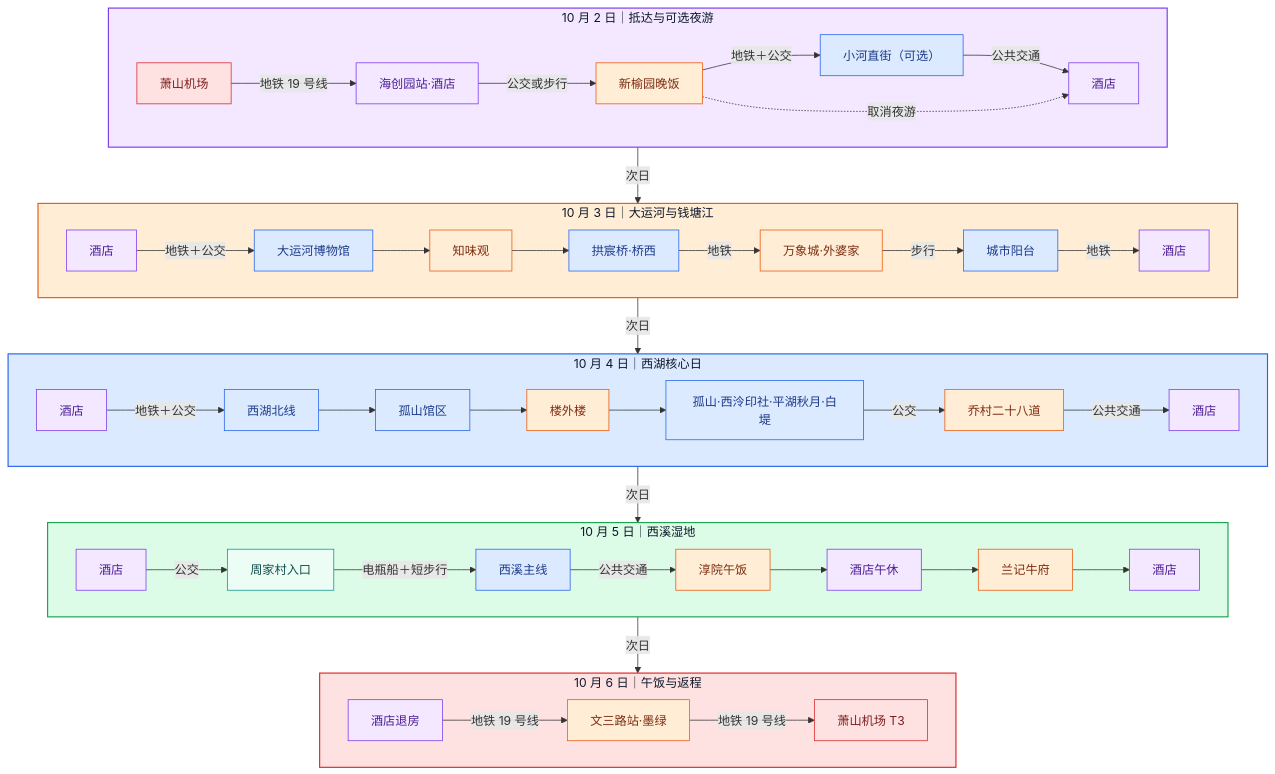
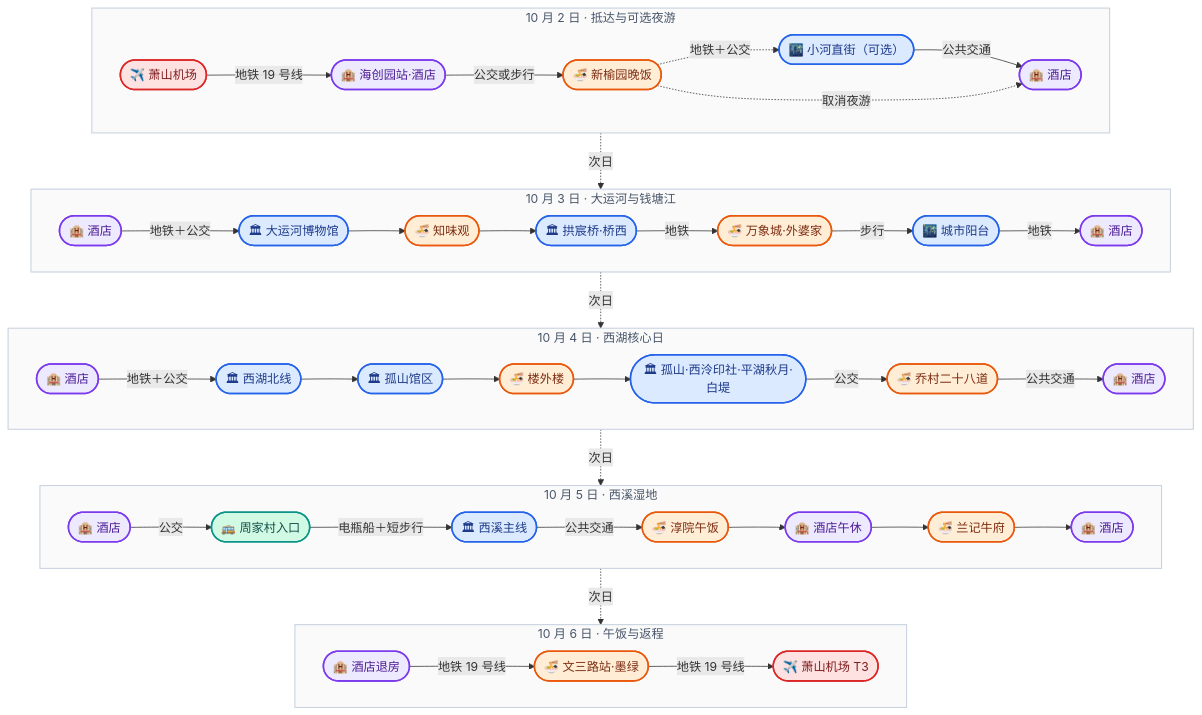
One commit to TheShadow178/hangzhou-trip changed the third of 3 diagrams in docs/traffic.md. Above: the diagram before and after it, drawn with Mermaid. The commit also changed other lines of this file and 5 other files, not shown here.

First line of the commit message:
美化动线图并修复地图放大空白

````diff
--- a/docs/traffic.md
+++ b/docs/traffic.md
@@ -304,44 +345,63 @@
 ```mermaid
-%%{init: {'theme':'base', 'themeVariables': {'fontFamily':'-apple-system, "PingFang SC", "Microsoft YaHei", sans-serif','lineColor':'#94a3b8','primaryColor':'#f8fafc','primaryBorderColor':'#cbd5e1','primaryTextColor':'#0f172a'}}}%%
+%%{init: {'theme':'base', 'themeVariables': {'fontFamily':'-apple-system, "PingFang SC", "Microsoft YaHei", sans-serif','lineColor':'#94a3b8','primaryColor':'#ffffff','primaryBorderColor':'#94a3b8','primaryTextColor':'#0f172a','fontSize':'13px'}}}%%
 flowchart TB
-  subgraph P02["10 月 2 日｜抵达与可选夜游"]
+  subgraph P02["10 月 2 日 · 抵达与可选夜游"]
     direction LR
-    P02A["萧山机场"] -->|地铁 19 号线| P02B["海创园站·酒店"] -->|公交或步行| P02C["新榆园晚饭"] -->|地铁＋公交| P02D["小河直街（可选）"] -->|公共交通| P02E["酒店"]
+    P02A(["✈️ 萧山机场"]) -->|地铁 19 号线| P02B(["🏨 海创园站·酒店"])
+    P02B -->|公交或步行| P02C(["🍜 新榆园晚饭"])
+    P02C -.->|地铁＋公交| P02D(["🌃 小河直街（可选）"])
+    P02D -->|公共交通| P02E(["🏨 酒店"])
     P02C -. 取消夜游 .-> P02E
   end
-  subgraph P03["10 月 3 日｜大运河与钱塘江"]
+  subgraph P03["10 月 3 日 · 大运河与钱塘江"]
     direction LR
-    P03A["酒店"] -->|地铁＋公交| P03B["大运河博物馆"] --> P03C["知味观"] --> P03D["拱宸桥·桥西"] -->|地铁| P03E["万象城·外婆家"] -->|步行| P03F["城市阳台"] -->|地铁| P03G["酒店"]
+    P03A(["🏨 酒店"]) -->|地铁＋公交| P03B(["🏛 大运河博物馆"])
+    P03B --> P03C(["🍜 知味观"])
+    P03C --> P03D(["🏛 拱宸桥·桥西"])
+    P03D -->|地铁| P03E(["🍜 万象城·外婆家"])
+    P03E -->|步行| P03F(["🌃 城市阳台"])
+    P03F -->|地铁| P03G(["🏨 酒店"])
   end
-  subgraph P04["10 月 4 日｜西湖核心日"]
+  subgraph P04["10 月 4 日 · 西湖核心日"]
     direction LR
-    P04A["酒店"] -->|地铁＋公交| P04B["西湖北线"] --> P04C["孤山馆区"] --> P04D["楼外楼"] --> P04E["孤山·西泠印社·平湖秋月·白堤"] -->|公交| P04F["乔村二十八道"] -->|公共交通| P04G["酒店"]
+    P04A(["🏨 酒店"]) -->|地铁＋公交| P04B(["🏛 西湖北线"])
+    P04B --> P04C(["🏛 孤山馆区"])
+    P04C --> P04D(["🍜 楼外楼"])
+    P04D --> P04E(["🏛 孤山·西泠印社·平湖秋月·白堤"])
+    P04E -->|公交| P04F(["🍜 乔村二十八道"])
+    P04F -->|公共交通| P04G(["🏨 酒店"])
   end
-  subgraph P05["10 月 5 日｜西溪湿地"]
+  subgraph P05["10 月 5 日 · 西溪湿地"]
     direction LR
-    P05A["酒店"] -->|公交| P05B["周家村入口"] -->|电瓶船＋短步行| P05C["西溪主线"] -->|公共交通| P05D["淳院午饭"] --> P05E["酒店午休"] --> P05F["兰记牛府"] --> P05G["酒店"]
+    P05A(["🏨 酒店"]) -->|公交| P05B(["🚌 周家村入口"])
+    P05B -->|电瓶船＋短步行| P05C(["🏛 西溪主线"])
+    P05C -->|公共交通| P05D(["🍜 淳院午饭"])
+    P05D --> P05E(["🏨 酒店午休"])
+    P05E --> P05F(["🍜 兰记牛府"])
+    P05F --> P05G(["🏨 酒店"])
   end
-  subgraph P06["10 月 6 日｜午饭与返程"]
+  subgraph P06["10 月 6 日 · 午饭与返程"]
     direction LR
-    P06A["酒店退房"] -->|地铁 19 号线| P06B["文三路站·墨绿"] -->|地铁 19 号线| P06C["萧山机场 T3"]
+    P06A(["🏨 酒店退房"]) -->|地铁 19 号线| P06B(["🍜 文三路站·墨绿"])
+    P06B -->|地铁 19 号线| P06C(["✈️ 萧山机场 T3"])
   end
-  P02E -->|次日| P03A
-  P03G -->|次日| P04A
-  P04G -->|次日| P05A
-  P05G -->|次日| P06A
-class P02A,P06C cAir;
-class P02B,P02E,P03A,P03G,P04A,P04G,P05A,P05E,P05G,P06A cStay;
-class P02C,P03C,P03E,P04D,P04F,P05D,P05F,P06B cFood;
-class P02D,P03B,P03D,P03F,P04B,P04C,P04E,P05C cSee;
-class P05B cMove;
-style P02 fill:#f3e8ff,stroke:#7c3aed,stroke-width:1.5px,color:#0f172a
-style P03 fill:#ffedd5,stroke:#ea580c,stroke-width:1.5px,color:#0f172a
-style P04 fill:#dbeafe,stroke:#2563eb,stroke-width:1.5px,color:#0f172a
-style P05 fill:#dcfce7,stroke:#16a34a,stroke-width:1.5px,color:#0f172a
-style P06 fill:#fee2e2,stroke:#dc2626,stroke-width:1.5px,color:#0f172a
-classDef cAir fill:#fee2e2,stroke:#dc2626,color:#7f1d1d
-classDef cStay fill:#f3e8ff,stroke:#7c3aed,color:#4c1d95
-classDef cFood fill:#ffedd5,stroke:#ea580c,color:#7c2d12
-classDef cSee fill:#dbeafe,stroke:#2563eb,color:#1e3a8a
-classDef cMove fill:#ecfdf5,stroke:#0d9488,color:#134e4a
+  P02E -.->|次日| P03A
+  P03G -.->|次日| P04A
+  P04G -.->|次日| P05A
+  P05G -.->|次日| P06A
+  classDef cAir fill:#fee2e2,stroke:#dc2626,stroke-width:2px,color:#7f1d1d
+  classDef cStay fill:#ede9fe,stroke:#7c3aed,stroke-width:2px,color:#4c1d95
+  classDef cFood fill:#ffedd5,stroke:#ea580c,stroke-width:2px,color:#7c2d12
+  classDef cSee fill:#dbeafe,stroke:#2563eb,stroke-width:2px,color:#1e3a8a
+  classDef cMove fill:#d1fae5,stroke:#0d9488,stroke-width:2px,color:#134e4a
+  class P02A,P06C cAir
+  class P02B,P02E,P03A,P03G,P04A,P04G,P05A,P05E,P05G,P06A cStay
+  class P02C,P03C,P03E,P04D,P04F,P05D,P05F,P06B cFood
+  class P02D,P03B,P03D,P03F,P04B,P04C,P04E,P05C cSee
+  class P05B cMove
+  style P02 fill:#fafafa,stroke:#cbd5e1,stroke-width:1.5px,color:#475569
+  style P03 fill:#fafafa,stroke:#cbd5e1,stroke-width:1.5px,color:#475569
+  style P04 fill:#fafafa,stroke:#cbd5e1,stroke-width:1.5px,color:#475569
+  style P05 fill:#fafafa,stroke:#cbd5e1,stroke-width:1.5px,color:#475569
+  style P06 fill:#fafafa,stroke:#cbd5e1,stroke-width:1.5px,color:#475569
 ```
````
